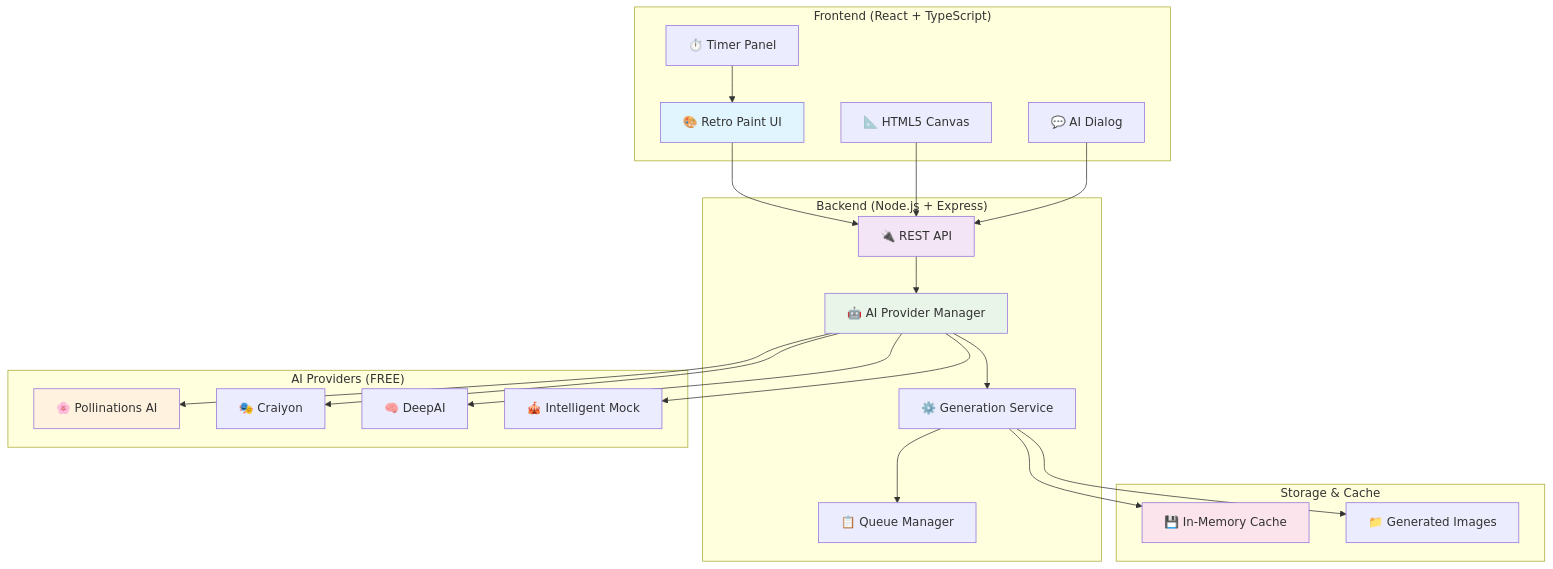
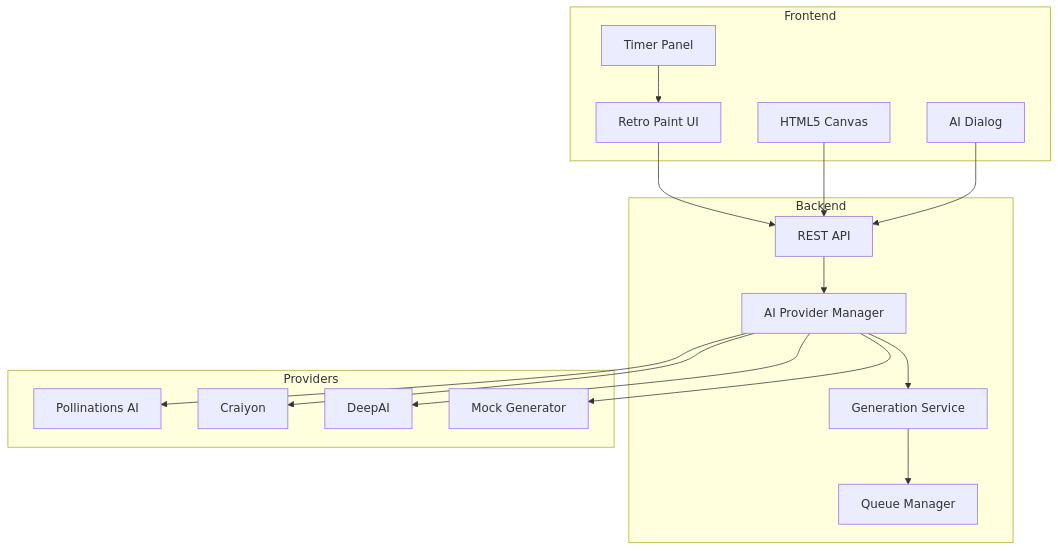
One commit to MariyamSeemab/KiroWeek4 changed the first of 9 diagrams in retro-ai-paint/ARCHITECTURE.md. Above: the diagram before and after it, drawn with Mermaid. The commit also changed other lines of this file and 7 other files, not shown here.

````diff
--- a/retro-ai-paint/ARCHITECTURE.md
+++ b/retro-ai-paint/ARCHITECTURE.md
@@ -8,51 +8,37 @@
 ```mermaid
 graph TB
-    subgraph "Frontend (React + TypeScript)"
-        UI[🎨 Retro Paint UI]
-        Canvas[📐 HTML5 Canvas]
-        Timer[⏱️ Timer Panel]
-        Dialog[💬 AI Dialog]
+    subgraph Frontend
+        A[Retro Paint UI]
+        B[HTML5 Canvas]
+        C[Timer Panel]
+        D[AI Dialog]
     end
     
-    subgraph "Backend (Node.js + Express)"
-        API[🔌 REST API]
-        AIManager[🤖 AI Provider Manager]
-        Generation[⚙️ Generation Service]
-        Queue[📋 Queue Manager]
+    subgraph Backend
+        E[REST API]
+        F[AI Provider Manager]
+        G[Generation Service]
+        H[Queue Manager]
     end
     
-    subgraph "AI Providers (FREE)"
-        Pollinations[🌸 Pollinations AI]
-        Craiyon[🎭 Craiyon]
-        DeepAI[🧠 DeepAI]
-        Mock[🎪 Intelligent Mock]
+    subgraph Providers
+        I[Pollinations AI]
+        J[Craiyon]
+        K[DeepAI]
+        L[Mock Generator]
     end
     
-    subgraph "Storage & Cache"
-        Memory[💾 In-Memory Cache]
-        Files[📁 Generated Images]
-    end
+    A --> E
+    B --> E
+    C --> A
+    D --> E
     
-    UI --> API
-    Canvas --> API
-    Timer --> UI
-    Dialog --> API
+    E --> F
+    F --> G
+    G --> H
     
-    API --> AIManager
-    AIManager --> Generation
-    Generation --> Queue
-    
-    AIManager --> Pollinations
-    AIManager --> Craiyon
-    AIManager --> DeepAI
-    AIManager --> Mock
-    
-    Generation --> Memory
-    Generation --> Files
-    
-    style UI fill:#e1f5fe
-    style API fill:#f3e5f5
-    style AIManager fill:#e8f5e8
-    style Pollinations fill:#fff3e0
-    style Memory fill:#fce4ec
+    F --> I
+    F --> J
+    F --> K
+    F --> L
 ```
````
